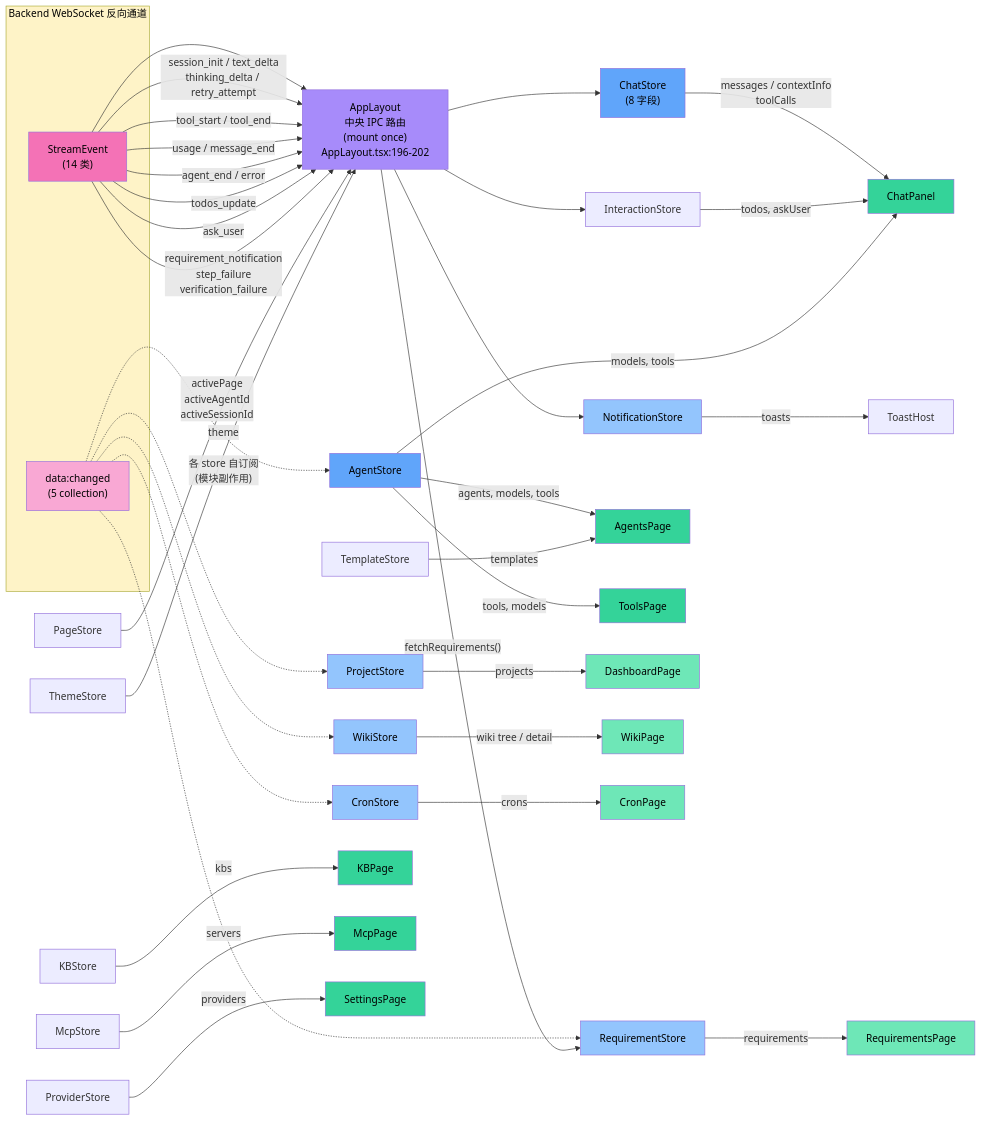
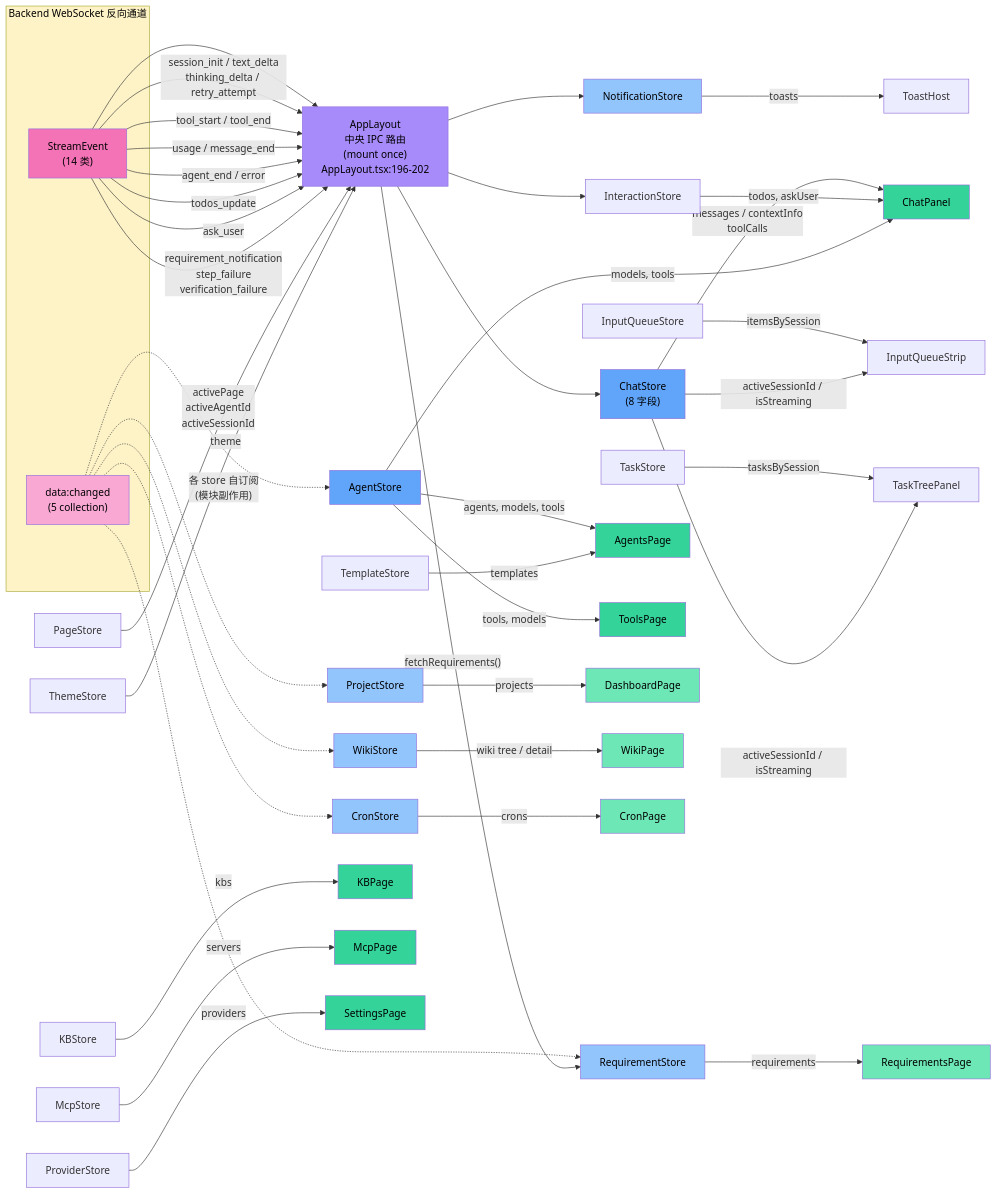
One commit to LanicBlue/zero-core changed the first of 2 diagrams in docs/arch/07-renderer-and-ipc.md. Above: the diagram before and after it, drawn with Mermaid. The commit also changed other lines of this file and 6 other files, not shown here.

First line of the commit message:
docs: 同步委派任务持久化 + per-step 注入 + 输入队列 (Phase C 收尾)

````diff
--- a/docs/arch/07-renderer-and-ipc.md
+++ b/docs/arch/07-renderer-and-ipc.md
@@ -264,70 +266,76 @@
 ```mermaid
 graph LR
     subgraph WS["Backend WebSocket 反向通道"]
         SE["StreamEvent<br/>(14 类)"]
         DC["data:changed<br/>(5 collection)"]
     end
 
     SE --> AppLayout
     DC -. "各 store 自订阅<br/>(模块副作用)" .-> AgentStore
     DC -.-> ProjectStore
     DC -.-> RequirementStore
     DC -.-> CronStore
     DC -.-> WikiStore
 
     AppLayout["AppLayout<br/>中央 IPC 路由<br/>(mount once)<br/>AppLayout.tsx:196-202"]
     SE -->|"session_init / text_delta<br/>thinking_delta / retry_attempt"| AppLayout
     SE -->|"tool_start / tool_end"| AppLayout
     SE -->|"usage / message_end"| AppLayout
     SE -->|"agent_end / error"| AppLayout
     SE -->|"todos_update"| AppLayout
     SE -->|"ask_user"| AppLayout
     SE -->|"requirement_notification<br/>step_failure<br/>verification_failure"| AppLayout
 
     AppLayout --> ChatStore["ChatStore<br/>(8 字段)"]
     AppLayout --> InteractionStore
     AppLayout --> NotificationStore
     AppLayout -->|"fetchRequirements()"| RequirementStore
 
     ChatStore -->|"messages / contextInfo<br/>toolCalls"| ChatPanel
     InteractionStore -->|"todos, askUser"| ChatPanel
     NotificationStore -->|"toasts"| ToastHost
+
+    %% Phase C: 委派任务树 + 输入队列(都 pull-on-display,按 sessionId 路由)
+    TaskStore -->|"tasksBySession"| TaskTreePanel
+    InputQueueStore -->|"itemsBySession"| InputQueueStrip
+    ChatStore -->|"activeSessionId / isStreaming"| TaskTreePanel
+    ChatStore -->|"activeSessionId / isStreaming"| InputQueueStrip
 
     AgentStore -->|"agents, models, tools"| AgentsPage
     AgentStore -->|"models, tools"| ChatPanel
     AgentStore -->|"tools, models"| ToolsPage
     TemplateStore -->|"templates"| AgentsPage
 
     ProjectStore -->|"projects"| DashboardPage
     RequirementStore -->|"requirements"| RequirementsPage
     WikiStore -->|"wiki tree / detail"| WikiPage
     CronStore -->|"crons"| CronPage
 
     KBStore -->|"kbs"| KBPage
     McpStore -->|"servers"| McpPage
     ProviderStore -->|"providers"| SettingsPage
     PageStore -->|"activePage<br/>activeAgentId<br/>activeSessionId"| AppLayout
     ThemeStore -->|"theme"| AppLayout
 
     style WS fill:#fef3c7,color:#000
     style SE fill:#f472b6,color:#000
     style DC fill:#f9a8d4,color:#000
     style AppLayout fill:#a78bfa,color:#000
     style ChatStore fill:#60a5fa,color:#000
     style AgentStore fill:#60a5fa,color:#000
     style ProjectStore fill:#93c5fd,color:#000
     style RequirementStore fill:#93c5fd,color:#000
     style WikiStore fill:#93c5fd,color:#000
     style CronStore fill:#93c5fd,color:#000
     style NotificationStore fill:#93c5fd,color:#000
     style ChatPanel fill:#34d399,color:#000
     style AgentsPage fill:#34d399,color:#000
     style ToolsPage fill:#34d399,color:#000
     style KBPage fill:#34d399,color:#000
     style McpPage fill:#34d399,color:#000
     style SettingsPage fill:#34d399,color:#000
     style RequirementsPage fill:#6ee7b7,color:#000
     style WikiPage fill:#6ee7b7,color:#000
     style CronPage fill:#6ee7b7,color:#000
     style DashboardPage fill:#6ee7b7,color:#000
 ```
````
